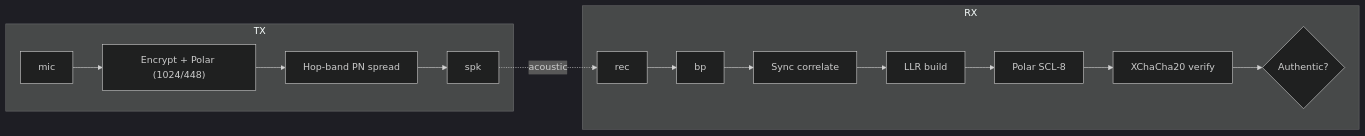
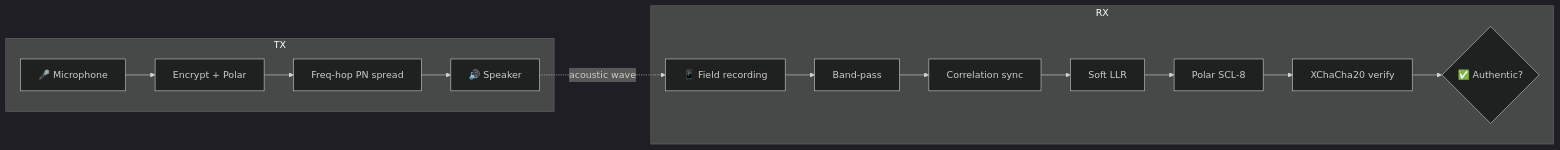
Before and after one commit to PetarSt98/EchoSeal: the diagram in README.md, drawn with Mermaid (dark theme). The commit also changed other lines of this file, not shown here.

````diff
--- a/README.md
+++ b/README.md
@@ -62,17 +76,10 @@
 ```mermaid
 flowchart LR
     subgraph TX
-        mic --> enc["Encrypt + Polar (1024/448)"]
-        enc --> hop[Hop‑band PN spread]
-        hop --> spk
+        mic[🎤 Microphone] --> enc["Encrypt + Polar"] --> hop["Freq‑hop PN spread"] --> spk[🔊 Speaker]
     end
-    spk -.acoustic .-> rec
+    spk -.acoustic wave.-> rec[📱 Field recording]
     subgraph RX
-        rec --> bp
-        bp --> corr[Sync correlate]
-        corr --> llr[LLR build]
-        llr --> dec[Polar SCL‑8]
-        dec --> aead[XChaCha20 verify]
-        aead --> verdict{Authentic?}
+        rec --> bp[Band‑pass] --> corr[Correlation sync] --> llr[Soft LLR] --> dec["Polar SCL‑8"] --> aead[XChaCha20 verify] --> verdict{✅ Authentic?}
     end
 ```
````
